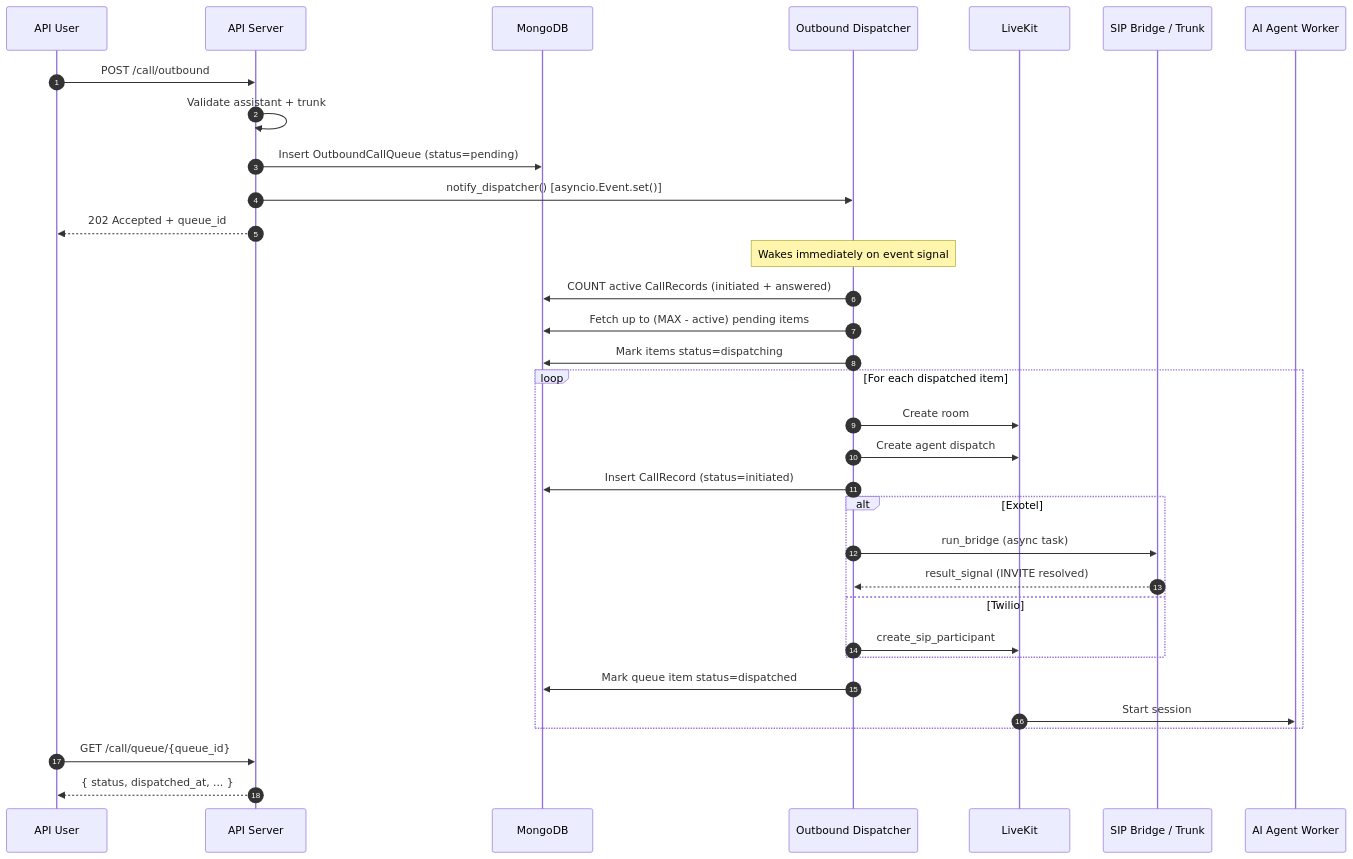
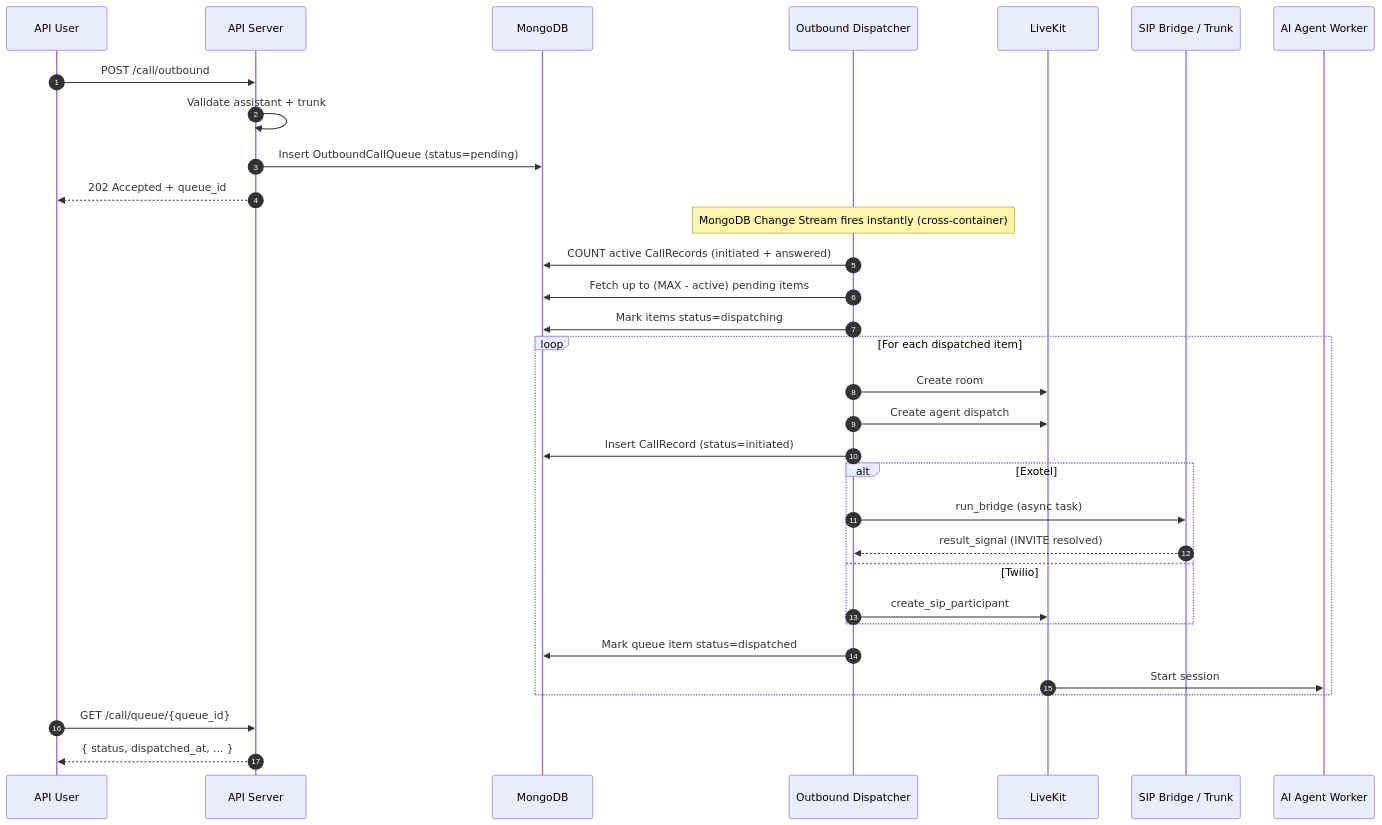
Before and after one commit to ShubhamX-AI/api_livekit: the fourth of 6 diagrams in docs/architecture.md, drawn with Mermaid. The commit also changed other lines of this file and 4 other files, not shown here.

First line of the commit message:
refactor(dispatcher): replace in-memory notify with MongoDB Change Streams

````diff
--- a/docs/architecture.md
+++ b/docs/architecture.md
@@ -150,40 +150,39 @@
 ```mermaid
 sequenceDiagram
     autonumber
     participant User as API User
     participant API as API Server
     participant DB as MongoDB
     participant Disp as Outbound Dispatcher
     participant LK as LiveKit
     participant SIP as SIP Bridge / Trunk
     participant Agent as AI Agent Worker
 
     User->>API: POST /call/outbound
     API->>API: Validate assistant + trunk
     API->>DB: Insert OutboundCallQueue (status=pending)
-    API->>Disp: notify_dispatcher() [asyncio.Event.set()]
     API-->>User: 202 Accepted + queue_id
 
-    Note over Disp: Wakes immediately on event signal
+    Note over Disp: MongoDB Change Stream fires instantly (cross-container)
 
     Disp->>DB: COUNT active CallRecords (initiated + answered)
     Disp->>DB: Fetch up to (MAX - active) pending items
     Disp->>DB: Mark items status=dispatching
 
     loop For each dispatched item
         Disp->>LK: Create room
         Disp->>LK: Create agent dispatch
         Disp->>DB: Insert CallRecord (status=initiated)
         alt Exotel
             Disp->>SIP: run_bridge (async task)
             SIP-->>Disp: result_signal (INVITE resolved)
         else Twilio
             Disp->>LK: create_sip_participant
         end
         Disp->>DB: Mark queue item status=dispatched
         LK->>Agent: Start session
     end
 
     User->>API: GET /call/queue/{queue_id}
     API-->>User: { status, dispatched_at, ... }
 ```
````
